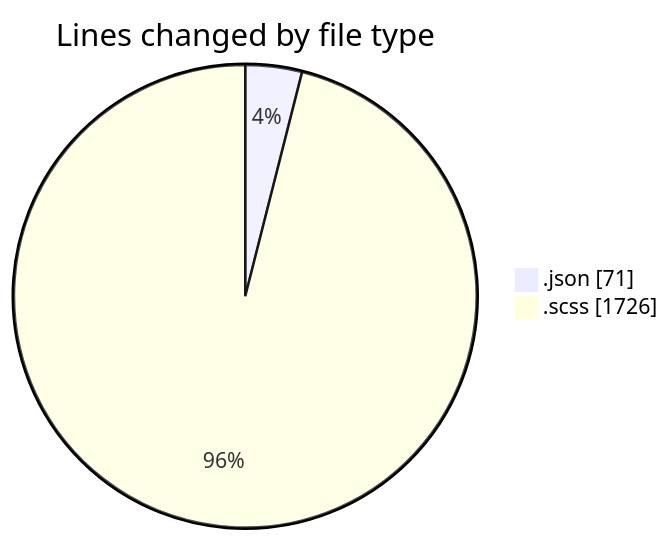
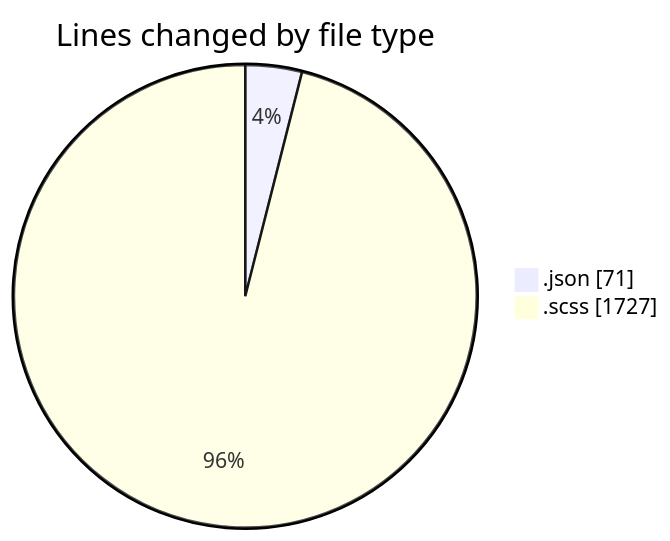
One commit to momahboobian/code-tracking changed the first of 2 diagrams in 2026-01-22/cda/README.md. Above: the diagram before and after it, drawn with Mermaid. The commit also changed other lines of this file and 1 other file, not shown here.

````diff
--- a/2026-01-22/cda/README.md
+++ b/2026-01-22/cda/README.md
@@ -32,6 +32,6 @@
 ```mermaid
 pie showData
 title Lines changed by file type
 ".json" : 71
-".scss" : 1726
+".scss" : 1727
 ```
````
